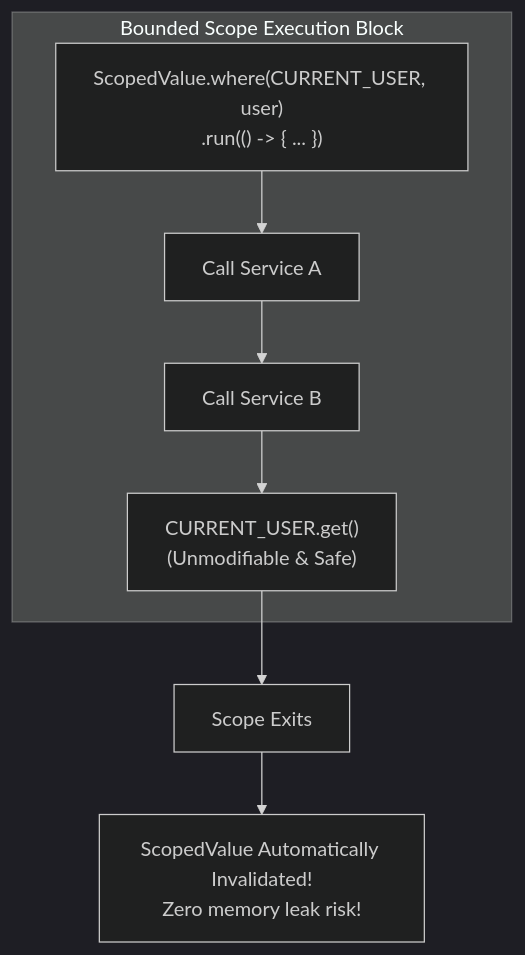
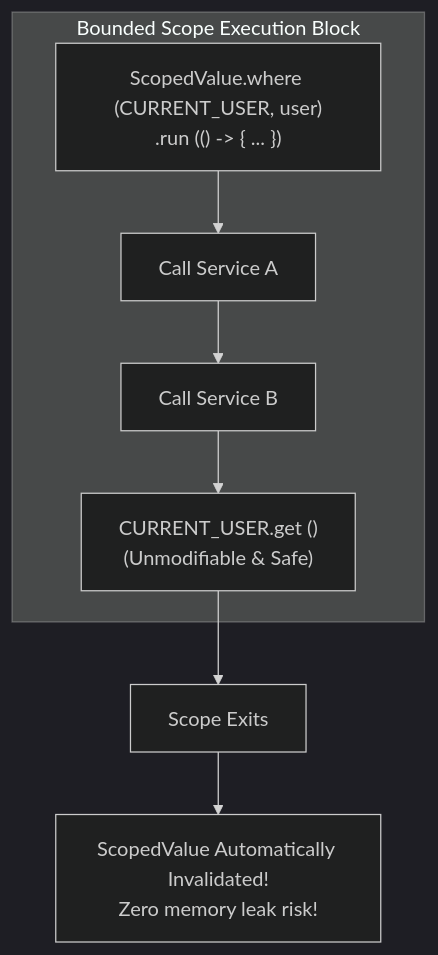
One commit to pploc/swe-icon-the-moment changed the diagram in content/questions/language/java/java-virtual-threads-scoped-values.md. Above: the diagram before and after it, drawn with Mermaid (dark theme). The commit also changed 95 other files, not shown here.

Commit message:
fix: update the practice mode diagram bug not display

````diff
--- a/content/questions/language/java/java-virtual-threads-scoped-values.md
+++ b/content/questions/language/java/java-virtual-threads-scoped-values.md
@@ -26,14 +26,15 @@
 ```mermaid
 flowchart TD
     subgraph Bounded Scope Execution Block
-        Bind["ScopedValue.where(CURRENT_USER, user)\n.run(() -> { ... })"]
+        Bind["ScopedValue.where (CURRENT_USER, user)\n.run (() -> { ... })"]
         Bind --> Step1["Call Service A"]
         Step1 --> Step2["Call Service B"]
-        Step2 --> Read["CURRENT_USER.get()\n(Unmodifiable & Safe)"]
+        Step2 --> Read["CURRENT_USER.get ()\n (Unmodifiable & Safe)"]
     end
     Read --> Exited["Scope Exits"]
     Exited --> Cleaned["ScopedValue Automatically Invalidated!\nZero memory leak risk!"]
 
 
 
+
 ```
````
